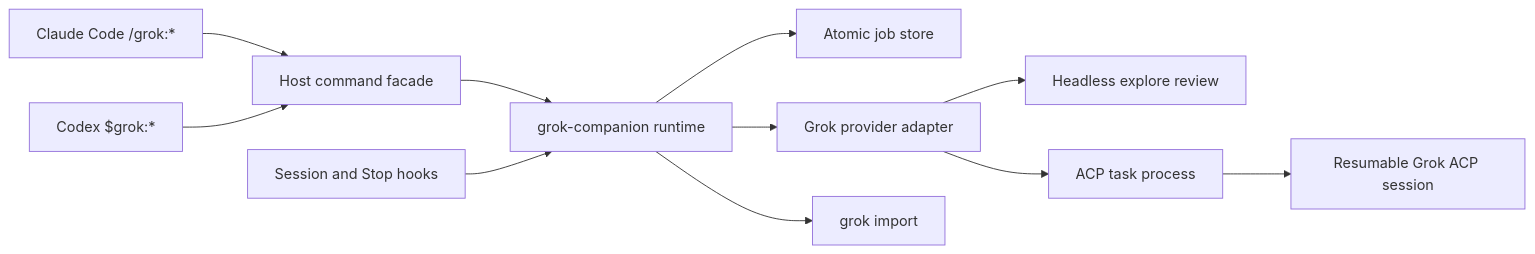
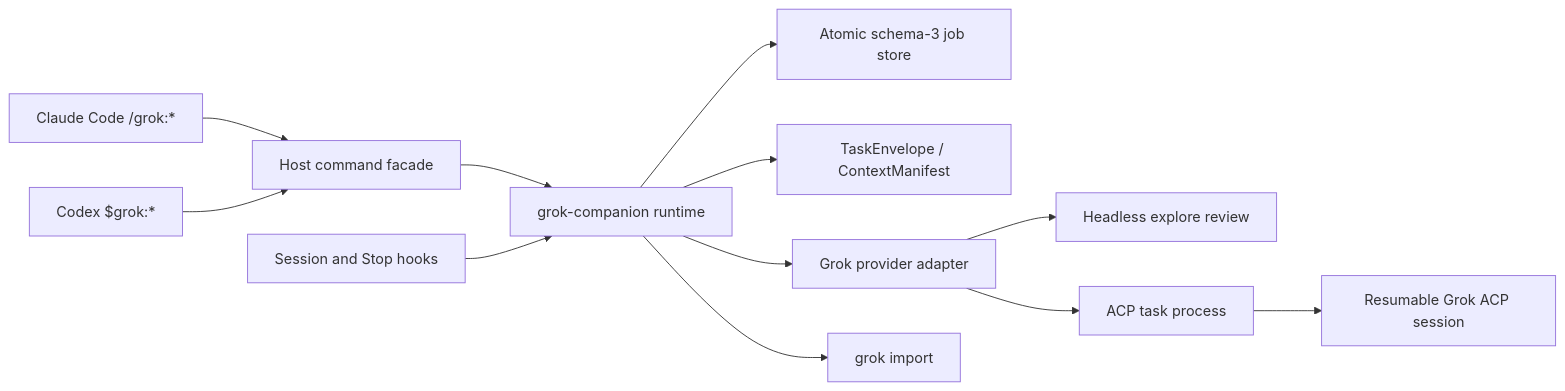
Before and after one commit to xliberty2008x/grok-plugin: the diagram in SPEC.md, drawn with Mermaid. The commit also changed other lines of this file and 61 other files, not shown here.

````diff
--- a/SPEC.md
+++ b/SPEC.md
@@ -137,13 +144,14 @@
 ```mermaid
 flowchart LR
     C["Claude Code /grok:*"] --> F["Host command facade"]
     X["Codex $grok:*"] --> F
     F --> R["grok-companion runtime"]
     H["Session and Stop hooks"] --> R
-    R --> J["Atomic job store"]
+    R --> J["Atomic schema-3 job store"]
+    R --> T["TaskEnvelope / ContextManifest"]
     R --> P["Grok provider adapter"]
     P --> V["Headless explore review"]
     P --> A["ACP task process"]
     A --> S["Resumable Grok ACP session"]
     R --> I["grok import"]
 ```
````
